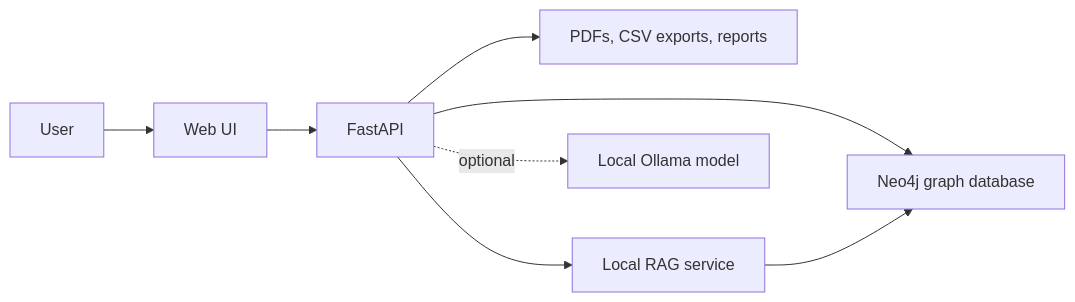
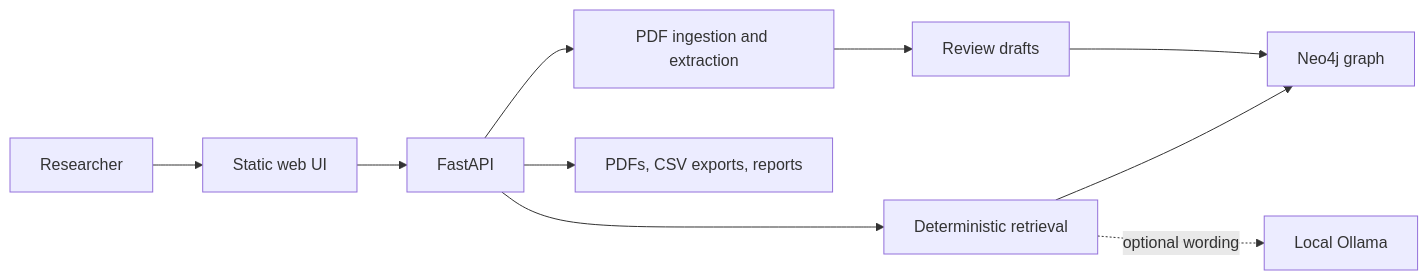
The diagram in README.md (SepehrQasemi/miage-thesis-kg-rag), drawn with Mermaid before and after one commit. The commit also changed other lines of this file and 1 other file, not shown here.

Commit message:
docs: clarify retrieval architecture and add CI

````diff
--- a/README.md
+++ b/README.md
@@ -35,10 +22,12 @@
 ```mermaid
 flowchart LR
-    User["User"] --> UI["Web UI"]
-    UI --> API["FastAPI"]
-    API --> Neo4j["Neo4j graph database"]
-    API --> Files["PDFs, CSV exports, reports"]
-    API --> RAG["Local RAG service"]
-    RAG --> Neo4j
-    API -. optional .-> Ollama["Local Ollama model"]
+    User[Researcher] --> UI[Static web UI]
+    UI --> API[FastAPI]
+    API --> Import[PDF ingestion and extraction]
+    Import --> Review[Review drafts]
+    Review --> Graph[Neo4j graph]
+    API --> Retrieval[Deterministic retrieval]
+    Retrieval --> Graph
+    Retrieval -. optional wording .-> Ollama[Local Ollama]
+    API --> Files[PDFs, CSV exports, reports]
 ```
````
